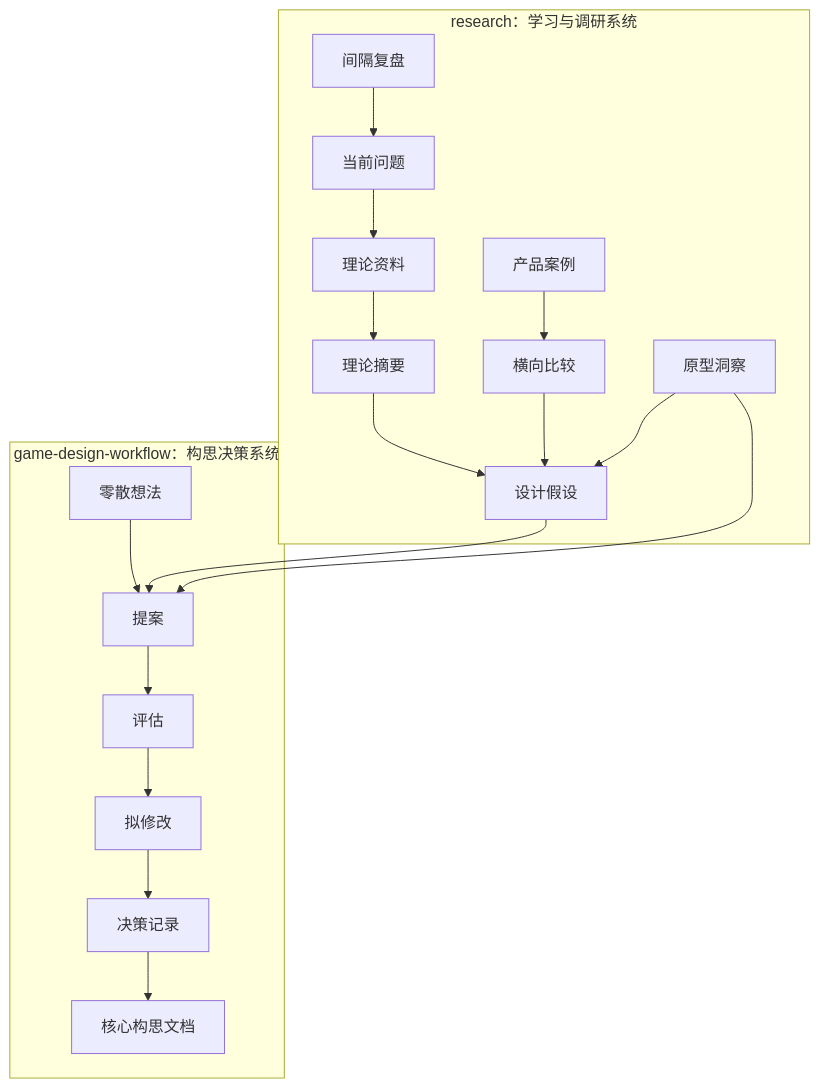
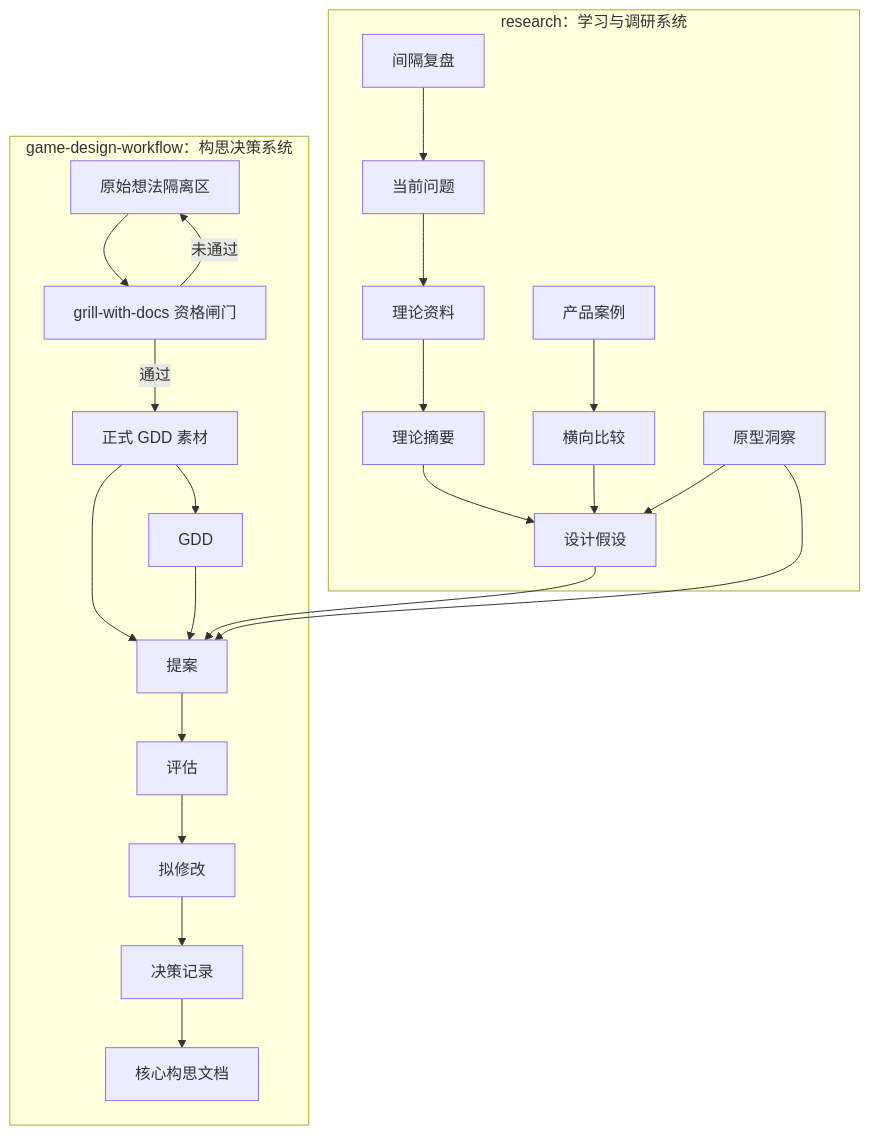
Before and after one commit to dsaj4/game_design: the diagram in docs/architecture-for-beginners.md, drawn with Mermaid. The commit also changed other lines of this file and 15 other files, not shown here.

````diff
--- a/docs/architecture-for-beginners.md
+++ b/docs/architecture-for-beginners.md
@@ -16,39 +16,47 @@
 ```mermaid
 flowchart TB
     subgraph R[research：学习与调研系统]
         R0[当前问题]
         R1[理论资料]
         R2[理论摘要]
         R3[产品案例]
         R4[横向比较]
         R5[设计假设]
         R6[原型洞察]
         R7[间隔复盘]
 
         R0 --> R1
         R1 --> R2
         R2 --> R5
         R3 --> R4
         R4 --> R5
         R6 --> R5
         R7 --> R0
     end
 
     subgraph G[game-design-workflow：构思决策系统]
-        G0[零散想法]
+        G0["原始想法隔离区"]
+        GQ["grill-with-docs 资格闸门"]
+        GM["正式 GDD 素材"]
+        GG["GDD"]
         G1[提案]
         G2[评估]
         G3[拟修改]
         G4[决策记录]
         G5[核心构思文档]
 
-        G0 --> G1
+        G0 --> GQ
+        GQ -->|通过| GM
+        GQ -->|未通过| G0
+        GM --> GG
+        GM --> G1
+        GG --> G1
         G1 --> G2
         G2 --> G3
         G3 --> G4
         G4 --> G5
     end
 
     R5 --> G1
     R6 --> G1
 ```
````
